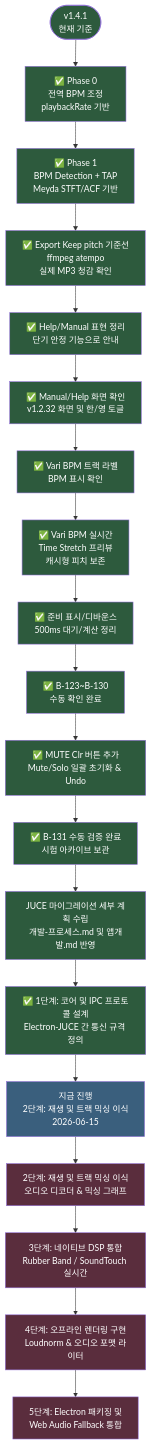
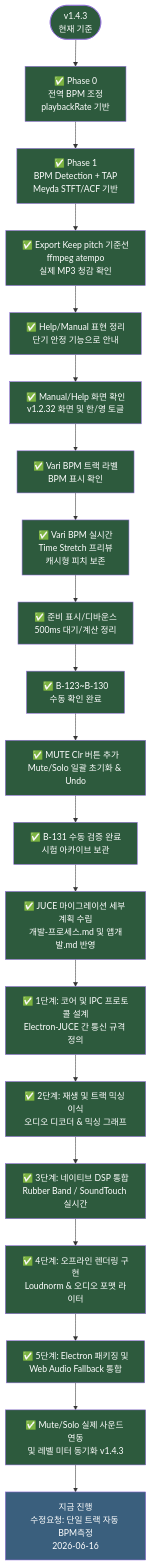
One commit to limsunglyong/FocusDAW-Studio changed the first of 5 diagrams in 개발-프로세스.md. Above: the diagram before and after it, drawn with Mermaid. The commit also changed other lines of this file and 5 other files, not shown here.

````diff
--- a/개발-프로세스.md
+++ b/개발-프로세스.md
@@ -13,47 +13,50 @@
 ```mermaid
 flowchart TD
-    START([v1.4.1<br/>현재 기준])
+    START([v1.4.3<br/>현재 기준])
 
     DONE0[✅ Phase 0<br/>전역 BPM 조정<br/>playbackRate 기반]
     DONE1[✅ Phase 1<br/>BPM Detection + TAP<br/>Meyda STFT/ACF 기반]
     DONE2[✅ Export Keep pitch 기준선<br/>ffmpeg atempo<br/>실제 MP3 청감 확인]
     DONE3[✅ Help/Manual 표현 정리<br/>단기 안정 기능으로 안내]
     DONE4[✅ Manual/Help 화면 확인<br/>v1.2.32 화면 및 한/영 토글]
     DONE5[✅ Vari BPM 트랙 라벨<br/>BPM 표시 확인]
     DONE6[✅ Vari BPM 실시간<br/>Time Stretch 프리뷰<br/>캐시형 피치 보존]
     DONE7[✅ 준비 표시/디바운스<br/>500ms 대기/계산 정리]
     DONE8[✅ B-123~B-130<br/>수동 확인 완료]
     DONE9[✅ MUTE Clr 버튼 추가<br/>Mute/Solo 일괄 초기화 & Undo]
     DONE10[✅ B-131 수동 검증 완료<br/>시험 아카이브 보관]
+    
+    JUCE_PLAN[✅ JUCE 마이그레이션 세부 계획 수립<br/>개발-프로세스.md 및 앱개발.md 반영]
+    JUCE_IPC[✅ 1단계: 코어 및 IPC 프로토콜 설계<br/>Electron-JUCE 간 통신 규격 정의]
+    JUCE_CORE[✅ 2단계: 재생 및 트랙 믹싱 이식<br/>오디오 디코더 & 믹싱 그래프]
+    JUCE_DSP[✅ 3단계: 네이티브 DSP 통합<br/>Rubber Band / SoundTouch 실시간]
+    JUCE_EXPORT[✅ 4단계: 오프라인 렌더링 구현<br/>Loudnorm & 오디오 포맷 라이터]
+    JUCE_INTEG[✅ 5단계: Electron 패키징 및<br/>Web Audio Fallback 통합]
+    
+    DONE11[✅ Mute/Solo 실제 사운드 연동<br/>및 레벨 미터 동기화 v1.4.3]
+    
+    NOW[지금 진행<br/>수정요청: 단일 트랙 자동 BPM측정<br/>2026-06-16]
 
-    NOW[지금 진행<br/>2단계: 재생 및 트랙 믹싱 이식<br/>2026-06-15]
-    
-    JUCE_PLAN[JUCE 마이그레이션 세부 계획 수립<br/>개발-프로세스.md 및 앱개발.md 반영]
-    JUCE_IPC[✅ 1단계: 코어 및 IPC 프로토콜 설계<br/>Electron-JUCE 간 통신 규격 정의]
-    JUCE_CORE[2단계: 재생 및 트랙 믹싱 이식<br/>오디오 디코더 & 믹싱 그래프]
-    JUCE_DSP[3단계: 네이티브 DSP 통합<br/>Rubber Band / SoundTouch 실시간]
-    JUCE_EXPORT[4단계: 오프라인 렌더링 구현<br/>Loudnorm & 오디오 포맷 라이터]
-    JUCE_INTEG[5단계: Electron 패키징 및<br/>Web Audio Fallback 통합]
-
-    START --> DONE0 --> DONE1 --> DONE2 --> DONE3 --> DONE4 --> DONE5 --> DONE6 --> DONE7 --> DONE8 --> DONE9 --> DONE10 --> JUCE_PLAN --> JUCE_IPC --> NOW --> JUCE_CORE --> JUCE_DSP --> JUCE_EXPORT --> JUCE_INTEG
+    START --> DONE0 --> DONE1 --> DONE2 --> DONE3 --> DONE4 --> DONE5 --> DONE6 --> DONE7 --> DONE8 --> DONE9 --> DONE10 --> JUCE_PLAN --> JUCE_IPC --> JUCE_CORE --> JUCE_DSP --> JUCE_EXPORT --> JUCE_INTEG --> DONE11 --> NOW
 
     style START fill:#2d5a3d,color:#fff
     style DONE0 fill:#2d5a3d,color:#fff
     style DONE1 fill:#2d5a3d,color:#fff
     style DONE2 fill:#2d5a3d,color:#fff
     style DONE3 fill:#2d5a3d,color:#fff
     style DONE4 fill:#2d5a3d,color:#fff
     style DONE5 fill:#2d5a3d,color:#fff
     style DONE6 fill:#2d5a3d,color:#fff
     style DONE7 fill:#2d5a3d,color:#fff
     style DONE8 fill:#2d5a3d,color:#fff
     style DONE9 fill:#2d5a3d,color:#fff
     style DONE10 fill:#2d5a3d,color:#fff
+    style JUCE_PLAN fill:#2d5a3d,color:#fff
     style JUCE_IPC fill:#2d5a3d,color:#fff
+    style JUCE_CORE fill:#2d5a3d,color:#fff
+    style JUCE_DSP fill:#2d5a3d,color:#fff
+    style JUCE_EXPORT fill:#2d5a3d,color:#fff
+    style JUCE_INTEG fill:#2d5a3d,color:#fff
+    style DONE11 fill:#2d5a3d,color:#fff
     style NOW fill:#3a5f7d,color:#fff
-    style JUCE_PLAN fill:#2d5a3d,color:#fff
-    style JUCE_CORE fill:#5a2d3d,color:#fff
-    style JUCE_DSP fill:#5a2d3d,color:#fff
-    style JUCE_EXPORT fill:#5a2d3d,color:#fff
-    style JUCE_INTEG fill:#5a2d3d,color:#fff
 ```
````
